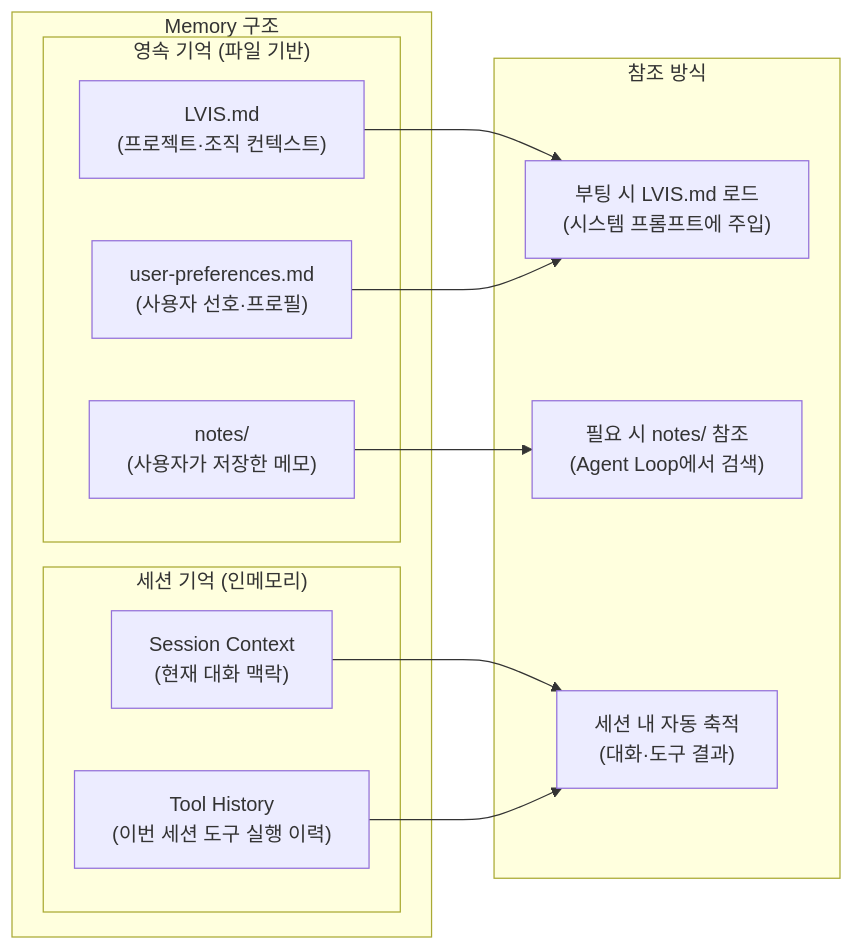
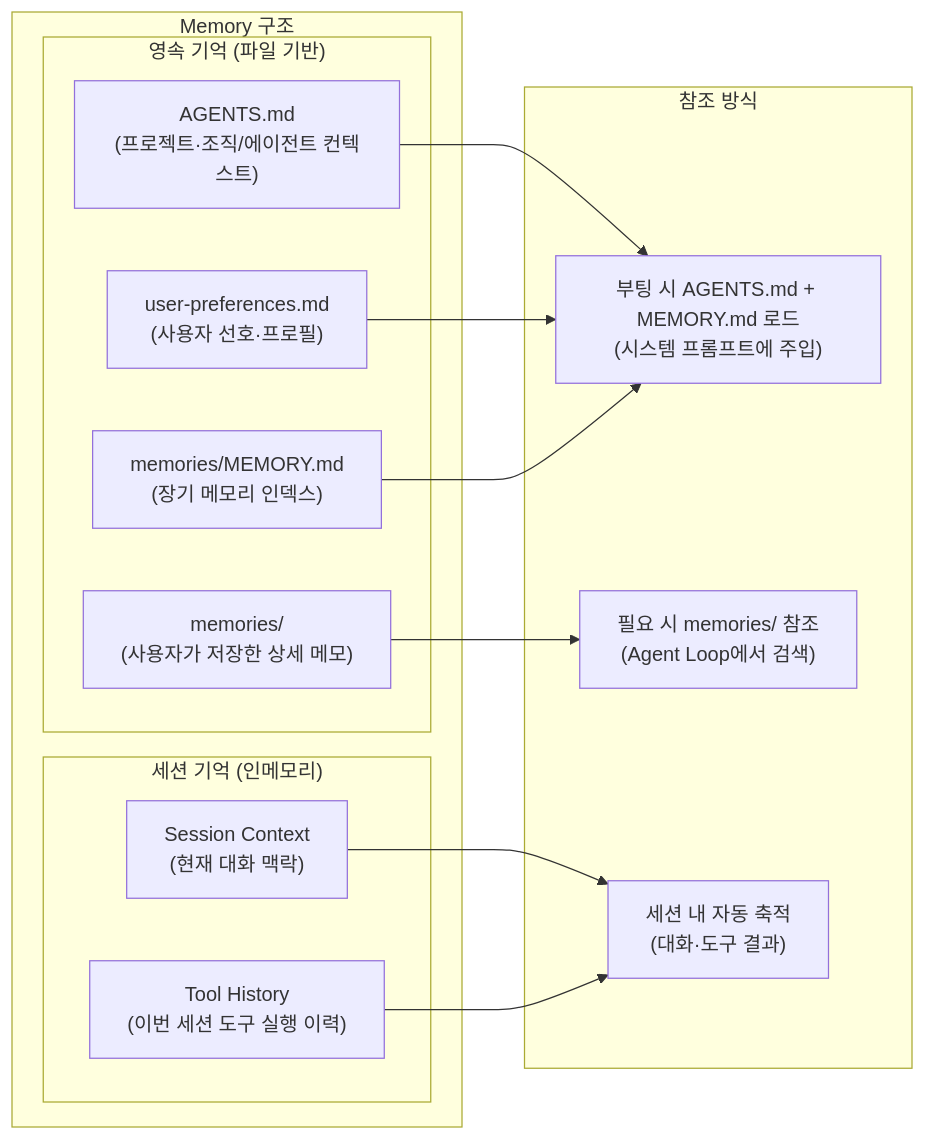
Diagram 16 of 44 in docs/architecture/architecture.md (lvis-project/lvis-app), drawn with Mermaid before and after one commit. The commit also changed other lines of this file and 26 other files, not shown here.

First line of the commit message:
Align LVIS with shared agent and skill conventions

````diff
--- a/docs/architecture/architecture.md
+++ b/docs/architecture/architecture.md
@@ -1242,27 +1243,29 @@
 ```mermaid
 graph LR
     subgraph "Memory 구조"
         subgraph "영속 기억 (파일 기반)"
-            LVIS_MD["LVIS.md<br/>(프로젝트·조직 컨텍스트)"]
+            AGENTS_MD["AGENTS.md<br/>(프로젝트·조직/에이전트 컨텍스트)"]
             USER_MD["user-preferences.md<br/>(사용자 선호·프로필)"]
-            NOTES_DIR["notes/<br/>(사용자가 저장한 메모)"]
+            MEMORY_INDEX["memories/MEMORY.md<br/>(장기 메모리 인덱스)"]
+            MEMORIES_DIR["memories/<br/>(사용자가 저장한 상세 메모)"]
         end
 
         subgraph "세션 기억 (인메모리)"
             SESSION_CTX["Session Context<br/>(현재 대화 맥락)"]
             TOOL_HISTORY["Tool History<br/>(이번 세션 도구 실행 이력)"]
         end
     end
 
     subgraph "참조 방식"
-        BOOT_LOAD["부팅 시 LVIS.md 로드<br/>(시스템 프롬프트에 주입)"]
-        ON_DEMAND["필요 시 notes/ 참조<br/>(Agent Loop에서 검색)"]
+        BOOT_LOAD["부팅 시 AGENTS.md + MEMORY.md 로드<br/>(시스템 프롬프트에 주입)"]
+        ON_DEMAND["필요 시 memories/ 참조<br/>(Agent Loop에서 검색)"]
         SESSION_AUTO["세션 내 자동 축적<br/>(대화·도구 결과)"]
     end
 
-    LVIS_MD --> BOOT_LOAD
+    AGENTS_MD --> BOOT_LOAD
     USER_MD --> BOOT_LOAD
-    NOTES_DIR --> ON_DEMAND
+    MEMORY_INDEX --> BOOT_LOAD
+    MEMORIES_DIR --> ON_DEMAND
     SESSION_CTX --> SESSION_AUTO
     TOOL_HISTORY --> SESSION_AUTO
 ```
````
